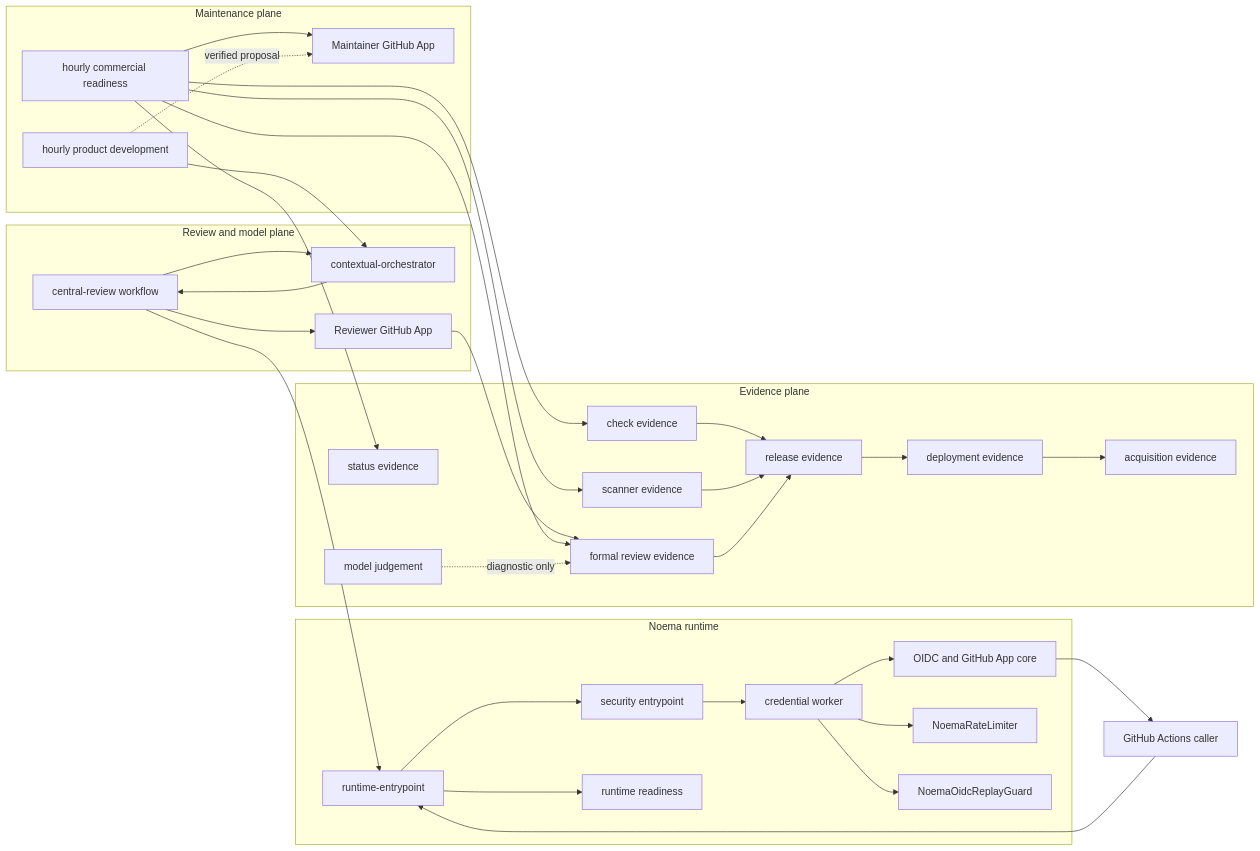
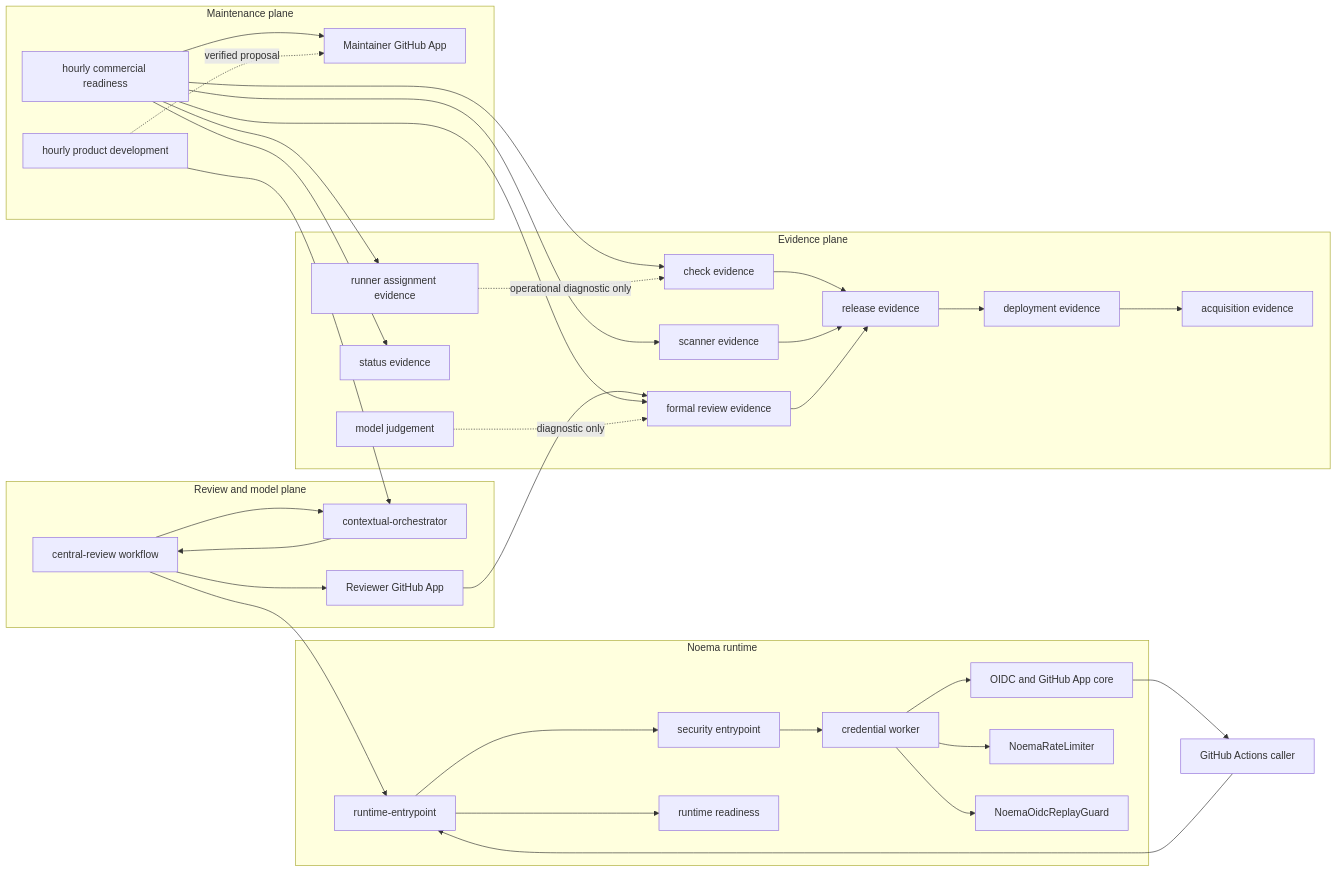
The first of 9 diagrams in docs/UML.md (ContextualWisdomLab/noema), drawn with Mermaid before and after one commit. The commit also changed other lines of this file, not shown here.

Commit message:
docs(uml): model runner assignment separately

````diff
--- a/docs/UML.md
+++ b/docs/UML.md
@@ -7,61 +7,64 @@
 ```mermaid
 flowchart LR
   subgraph Runtime[Noema runtime]
     RE[runtime-entrypoint]
     EE[security entrypoint]
     WK[credential worker]
     CORE[OIDC and GitHub App core]
     READY[runtime readiness]
     RATE[NoemaRateLimiter]
     REPLAY[NoemaOidcReplayGuard]
   end
 
   subgraph ReviewPlane[Review and model plane]
     CENTRAL[central-review workflow]
     ORCH[contextual-orchestrator]
     REVIEWER[Reviewer GitHub App]
   end
 
   subgraph MaintenancePlane[Maintenance plane]
     COMM[hourly commercial readiness]
     DEV[hourly product development]
     MAINT[Maintainer GitHub App]
   end
 
   subgraph EvidencePlane[Evidence plane]
     CHECKS[check evidence]
+    RUNNER[runner assignment evidence]
     STATUS[status evidence]
     REVIEWS[formal review evidence]
     SCANS[scanner evidence]
     MODEL[model judgement]
     RELEASE[release evidence]
     DEPLOY[deployment evidence]
     ACQ[acquisition evidence]
   end
 
   CALLER[GitHub Actions caller] --> RE
   RE --> READY
   RE --> EE --> WK --> CORE
   WK --> RATE
   WK --> REPLAY
   CORE --> CALLER
 
   CENTRAL --> RE
   CENTRAL --> ORCH --> CENTRAL
   CENTRAL --> REVIEWER
   REVIEWER --> REVIEWS
 
   COMM --> CHECKS
+  COMM --> RUNNER
   COMM --> STATUS
   COMM --> REVIEWS
   COMM --> SCANS
   COMM --> MAINT
   DEV --> ORCH
   DEV -. verified proposal .-> MAINT
 
+  RUNNER -. operational diagnostic only .-> CHECKS
   CHECKS --> RELEASE
   SCANS --> RELEASE
   REVIEWS --> RELEASE
   RELEASE --> DEPLOY --> ACQ
   MODEL -. diagnostic only .-> REVIEWS
 ```
````
